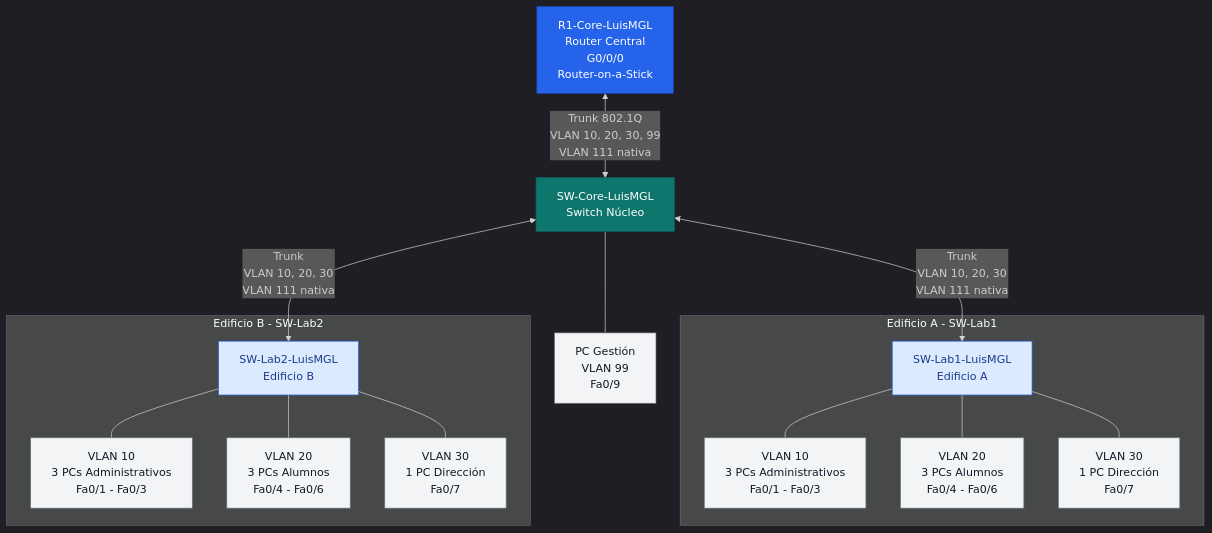
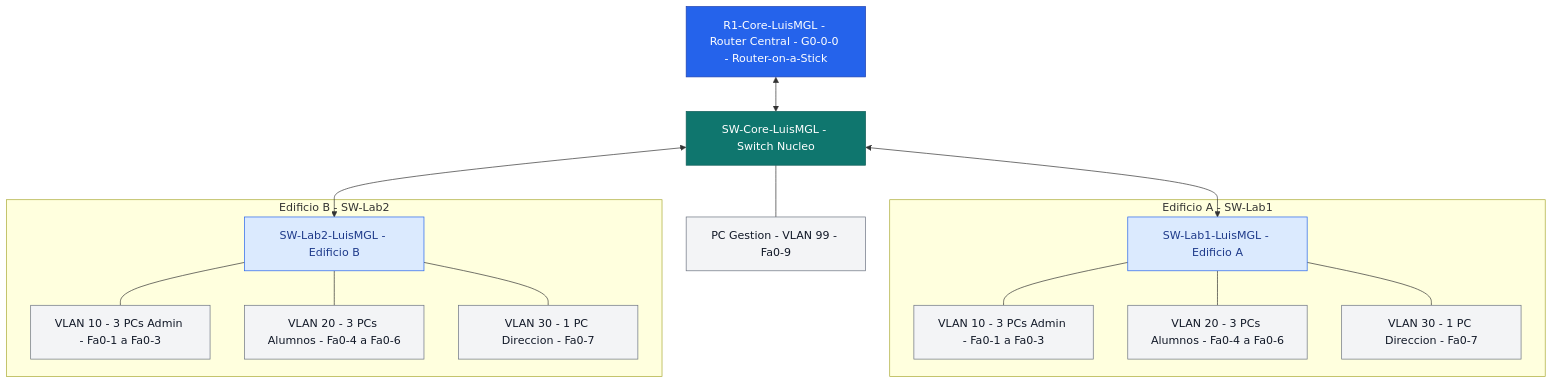
The diagram in README.md (SOLUM39/portafolio_ccna2), drawn with Mermaid before and after one commit. The commit also changed other lines of this file, not shown here.

Commit message:
Revise topology diagram and section headings
Updated diagram and descriptions for clarity.

````diff
--- a/README.md
+++ b/README.md
@@ -44,49 +47,41 @@
 ```mermaid
-%%{init: {'theme': 'dark'}}%%
 flowchart TB
-    R1["R1-Core-LuisMGL<br/>Router Central<br/>G0/0/0<br/>Router-on-a-Stick"]
+    R1["R1-Core-LuisMGL - Router Central - G0-0-0 - Router-on-a-Stick"]
+    CORE["SW-Core-LuisMGL - Switch Nucleo"]
+    PCG["PC Gestion - VLAN 99 - Fa0-9"]
+    LAB1["SW-Lab1-LuisMGL - Edificio A"]
+    LAB2["SW-Lab2-LuisMGL - Edificio B"]
 
-    CORE["SW-Core-LuisMGL<br/>Switch Núcleo"]
-
-    PCG["PC Gestión<br/>VLAN 99<br/>Fa0/9"]
-
-    LAB1["SW-Lab1-LuisMGL<br/>Edificio A"]
-    LAB2["SW-Lab2-LuisMGL<br/>Edificio B"]
-
-    R1 <-->|"Trunk 802.1Q<br/>VLAN 10, 20, 30, 99<br/>VLAN 111 nativa"| CORE
-
-    CORE <-->|"Trunk<br/>VLAN 10, 20, 30<br/>VLAN 111 nativa"| LAB1
-    CORE <-->|"Trunk<br/>VLAN 10, 20, 30<br/>VLAN 111 nativa"| LAB2
-
+    R1 <--> CORE
+    CORE <--> LAB1
+    CORE <--> LAB2
     CORE --- PCG
 
     subgraph A["Edificio A - SW-Lab1"]
-        A10["VLAN 10<br/>3 PCs Administrativos<br/>Fa0/1 - Fa0/3"]
-        A20["VLAN 20<br/>3 PCs Alumnos<br/>Fa0/4 - Fa0/6"]
-        A30["VLAN 30<br/>1 PC Dirección<br/>Fa0/7"]
-
+        A10["VLAN 10 - 3 PCs Admin - Fa0-1 a Fa0-3"]
+        A20["VLAN 20 - 3 PCs Alumnos - Fa0-4 a Fa0-6"]
+        A30["VLAN 30 - 1 PC Direccion - Fa0-7"]
         LAB1 --- A10
         LAB1 --- A20
         LAB1 --- A30
     end
 
     subgraph B["Edificio B - SW-Lab2"]
-        B10["VLAN 10<br/>3 PCs Administrativos<br/>Fa0/1 - Fa0/3"]
-        B20["VLAN 20<br/>3 PCs Alumnos<br/>Fa0/4 - Fa0/6"]
-        B30["VLAN 30<br/>1 PC Dirección<br/>Fa0/7"]
-
+        B10["VLAN 10 - 3 PCs Admin - Fa0-1 a Fa0-3"]
+        B20["VLAN 20 - 3 PCs Alumnos - Fa0-4 a Fa0-6"]
+        B30["VLAN 30 - 1 PC Direccion - Fa0-7"]
         LAB2 --- B10
         LAB2 --- B20
         LAB2 --- B30
     end
 
     classDef router fill:#2563eb,color:#ffffff,stroke:#1e40af
     classDef core fill:#0f766e,color:#ffffff,stroke:#115e59
     classDef access fill:#dbeafe,color:#1e3a8a,stroke:#2563eb
     classDef pc fill:#f3f4f6,color:#111827,stroke:#6b7280
 
     class R1 router
     class CORE core
     class LAB1,LAB2 access
     class PCG,A10,A20,A30,B10,B20,B30 pc
 ```
````
